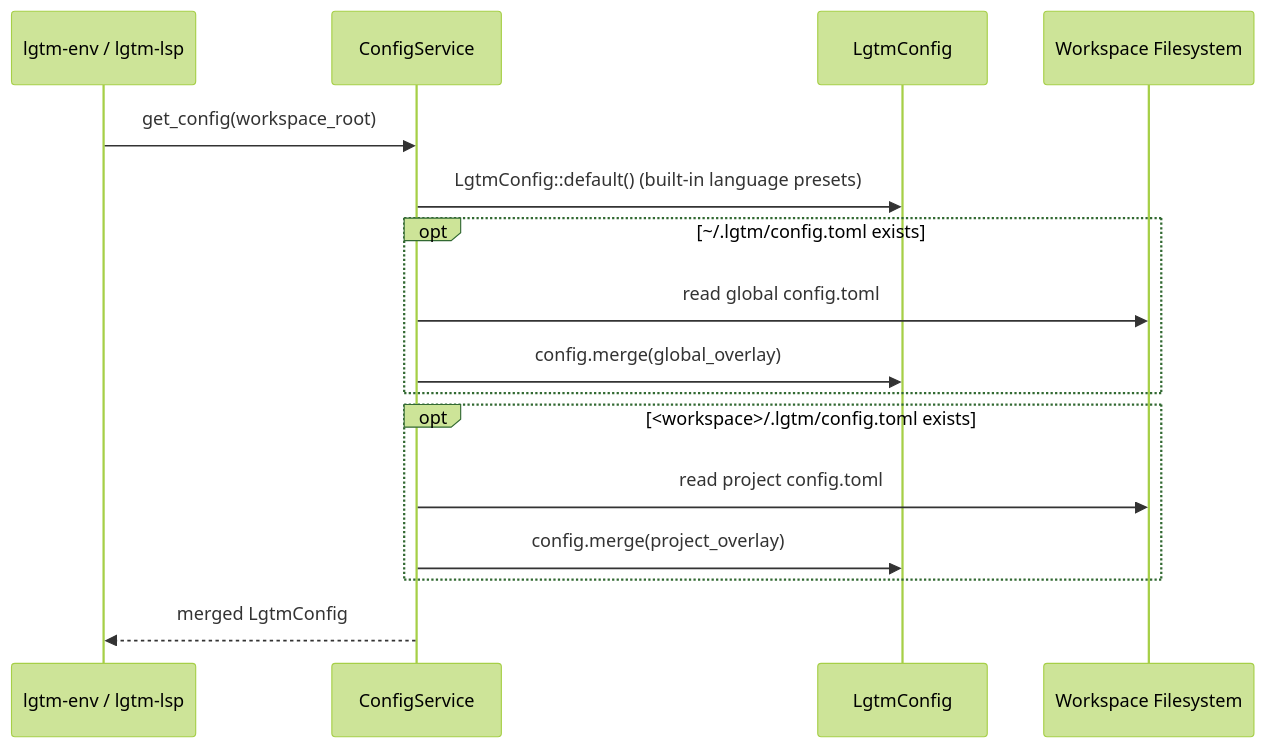
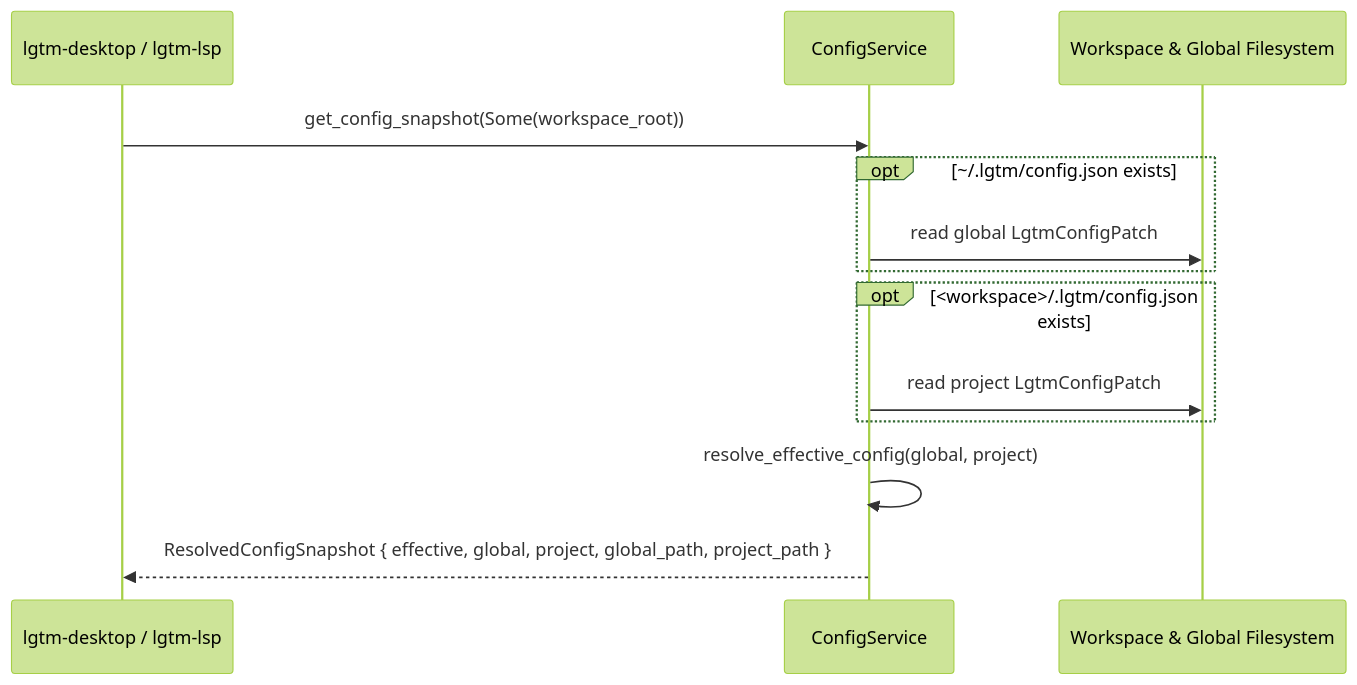
The second of 2 diagrams in docs/architecture/config/index.md (difflab-io/lgtm), drawn with Mermaid (forest theme) before and after one commit. The commit also changed other lines of this file and 57 other files, not shown here.

First line of the commit message:
feat(config,desktop,web): add Specta nested settings persistence and Cmd+, JSON/YAML editor (#14)

````diff
--- a/docs/architecture/config/index.md
+++ b/docs/architecture/config/index.md
@@ -67,19 +71,16 @@
 ```mermaid
 sequenceDiagram
-    participant Caller as lgtm-env / lgtm-lsp
+    participant Caller as lgtm-desktop / lgtm-lsp
     participant CfgSvc as ConfigService
-    participant Model as LgtmConfig
-    participant Disk as Workspace Filesystem
+    participant Disk as Workspace & Global Filesystem
 
-    Caller->>CfgSvc: get_config(workspace_root)
-    CfgSvc->>Model: LgtmConfig::default() (built-in language presets)
-    opt ~/.lgtm/config.toml exists
-        CfgSvc->>Disk: read global config.toml
-        CfgSvc->>Model: config.merge(global_overlay)
+    Caller->>CfgSvc: get_config_snapshot(Some(workspace_root))
+    opt ~/.lgtm/config.json exists
+        CfgSvc->>Disk: read global LgtmConfigPatch
     end
-    opt <workspace>/.lgtm/config.toml exists
-        CfgSvc->>Disk: read project config.toml
-        CfgSvc->>Model: config.merge(project_overlay)
+    opt <workspace>/.lgtm/config.json exists
+        CfgSvc->>Disk: read project LgtmConfigPatch
     end
-    CfgSvc-->>Caller: merged LgtmConfig
+    CfgSvc->>CfgSvc: resolve_effective_config(global, project)
+    CfgSvc-->>Caller: ResolvedConfigSnapshot { effective, global, project, global_path, project_path }
 ```
````
